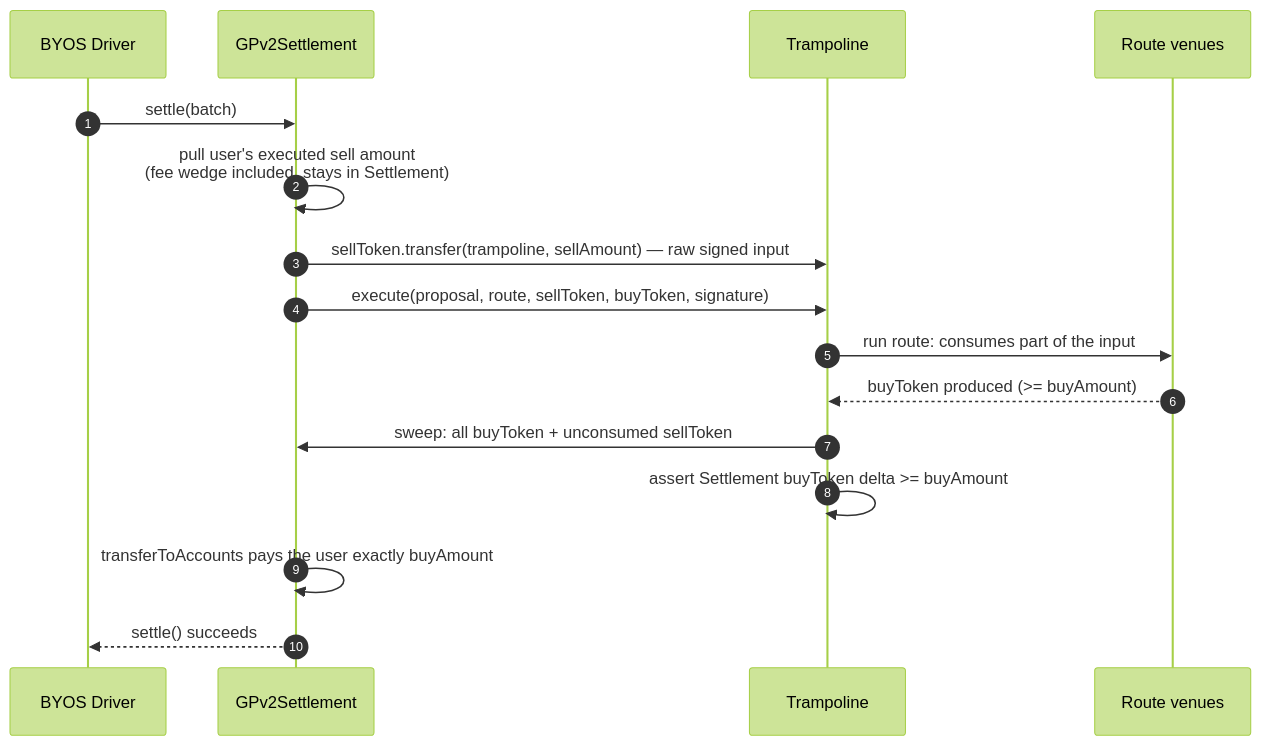
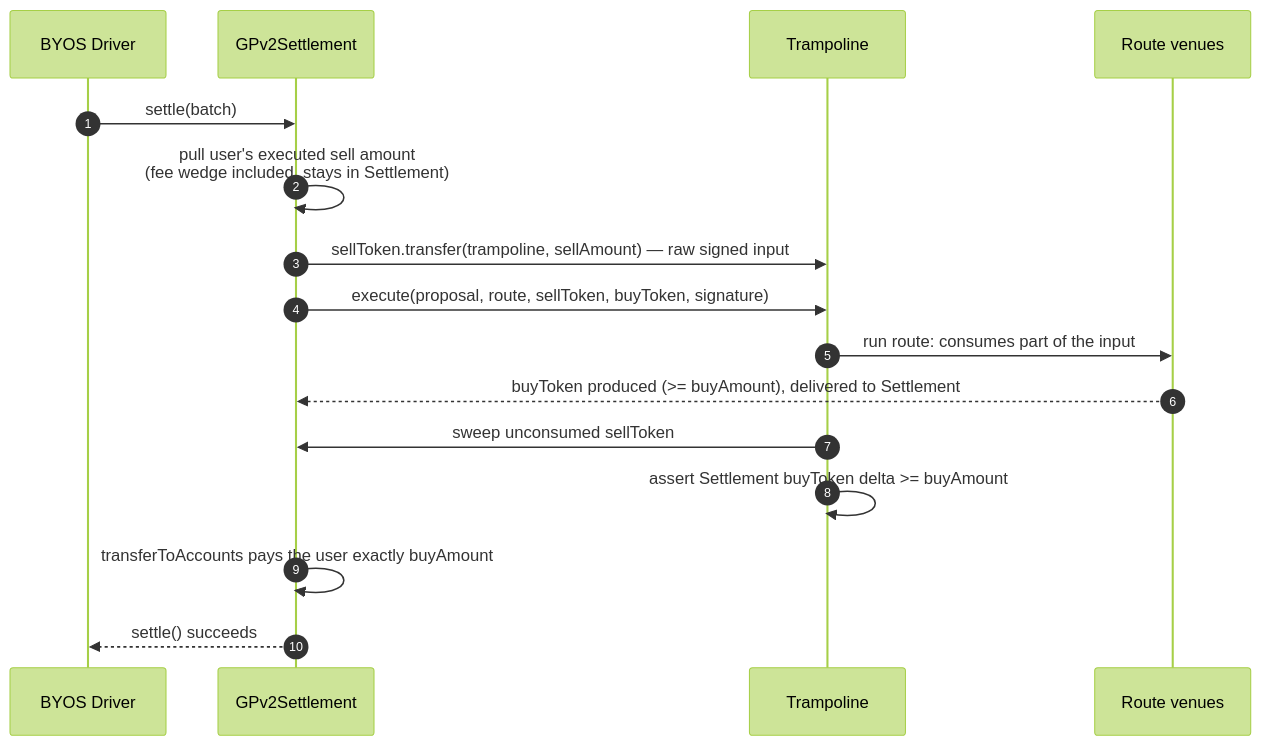
One commit to bleu/byos-contracts changed the third of 3 diagrams in docs/order-flow.md. Above: the diagram before and after it, drawn with Mermaid (forest theme). The commit also changed other lines of this file and 13 other files, not shown here.

````diff
--- a/docs/order-flow.md
+++ b/docs/order-flow.md
@@ -106,19 +107,19 @@
 ```mermaid
 sequenceDiagram
     autonumber
     participant D as BYOS Driver
     participant S as GPv2Settlement
     participant T as Trampoline
     participant R as Route venues
 
     D->>S: settle(batch)
     S->>S: pull user's executed sell amount<br/>(fee wedge included, stays in Settlement)
     S->>T: sellToken.transfer(trampoline, sellAmount) — raw signed input
     S->>T: execute(proposal, route, sellToken, buyToken, signature)
     T->>R: run route: consumes part of the input
-    R-->>T: buyToken produced (>= buyAmount)
-    T->>S: sweep: all buyToken + unconsumed sellToken
+    R-->>S: buyToken produced (>= buyAmount), delivered to Settlement
+    T->>S: sweep unconsumed sellToken
     T->>T: assert Settlement buyToken delta >= buyAmount
     S->>S: transferToAccounts pays the user exactly buyAmount
     S-->>D: settle() succeeds
 ```
````
